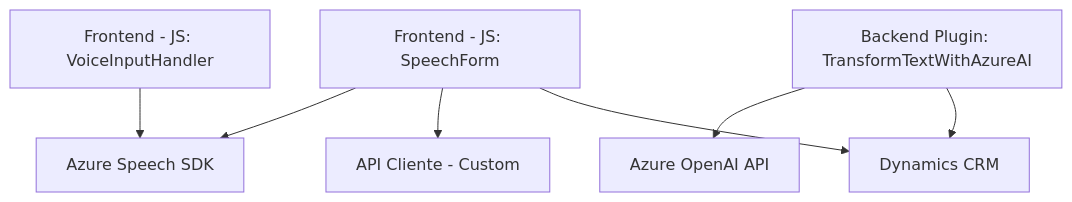
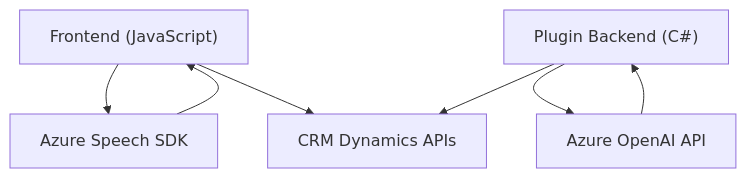
The diagram in README.md (blopezdm/NETCORE_BILBAO2025), drawn with Mermaid before and after one commit. The commit also changed other lines of this file, not shown here.

````diff
--- a/README.md
+++ b/README.md
@@ -40,17 +31,15 @@
 ```mermaid
 graph TD
-    A1["Frontend - JS: SpeechForm"]
-    A2["Frontend - JS: VoiceInputHandler"]
-    A3["Azure Speech SDK"]
-    A4["API Cliente - Custom"]
-    B["Backend Plugin: TransformTextWithAzureAI"]
-    B1["Azure OpenAI API"]
-    C["Dynamics CRM"]
-
-    A1 --> A3
-    A1 --> A4
-    A2 --> A3
-    B --> B1
-    B --> C
-    A1 --> C
+    A["Frontend (JavaScript)"]
+    B["Plugin Backend (C#)"]
+    C["Azure Speech SDK"]
+    D["Azure OpenAI API"]
+    E["CRM Dynamics APIs"]
+    
+    A --> C
+    A --> E
+    B --> D
+    B --> E
+    C --> A
+    D --> B
 ```
````
